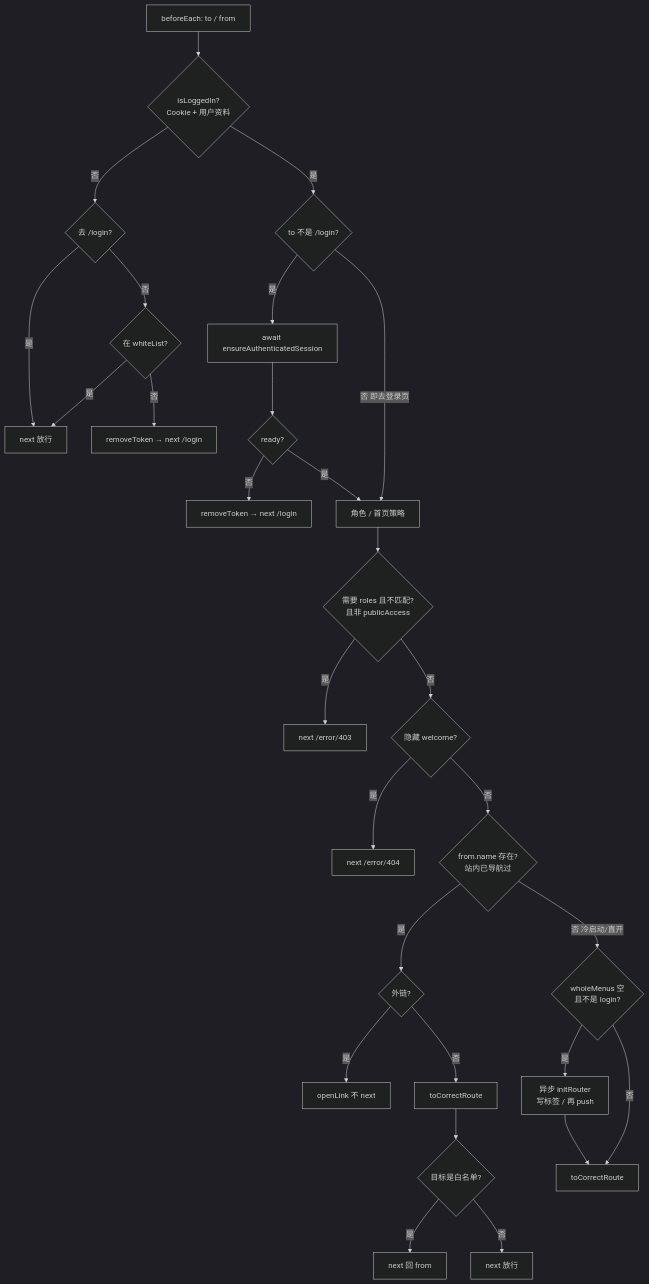
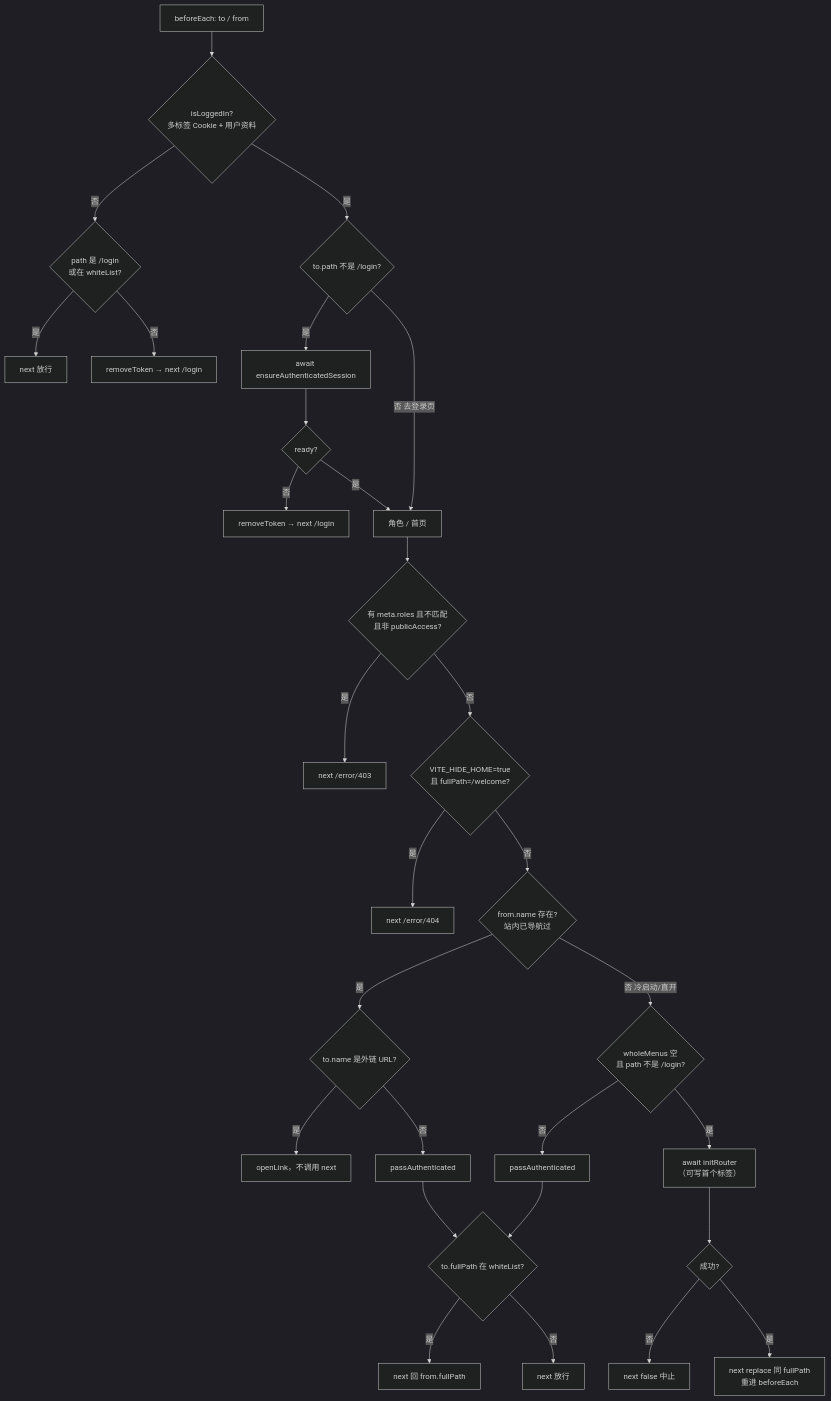
One commit to BunnyMaster/auth-docs changed the diagram in 基础包/前端路由策略.md. Above: the diagram before and after it, drawn with Mermaid (dark theme). The commit also changed other lines of this file and 1 other file, not shown here.

Commit message:
:sparkles: feat(docs): 更新前端路由策略和 Vue Router 警告处理文档
- 更新前端路由策略文档，增加了动态路由和鉴权的详细说明，优化了流程图的可读性
- 修改 Vue Router 警告处理文档，明确警告信息的含义及处理方式，强调动态路由场景下的注意事项

````diff
--- a/基础包/前端路由策略.md
+++ b/基础包/前端路由策略.md
@@ -2,36 +5,36 @@
 ```mermaid
 flowchart TD
-  A[beforeEach: to / from] --> B{isLoggedIn?<br/>Cookie + 用户资料}
-  B -->|否| C{去 /login?}
+  A[beforeEach: to / from] --> B{"isLoggedIn?<br/>多标签 Cookie + 用户资料"}
+  B -->|否| C{path 是 /login<br/>或在 whiteList?}
   C -->|是| D[next 放行]
-  C -->|否| E{在 whiteList?}
-  E -->|是| D
-  E -->|否| F[removeToken → next /login]
+  C -->|否| F["removeToken → next /login"]
 
-  B -->|是| G{to 不是 /login?}
+  B -->|是| G{to.path 不是 /login?}
   G -->|是| H[await ensureAuthenticatedSession]
   H --> I{ready?}
-  I -->|否| F2[removeToken → next /login]
-  I -->|是| J[角色 / 首页策略]
-  G -->|否 即去登录页| J
+  I -->|否| F2["removeToken → next /login"]
+  I -->|是| J[角色 / 首页]
+  G -->|否 去登录页| J
 
-  J --> K{需要 roles 且不匹配?<br/>且非 publicAccess}
-  K -->|是| L[next /error/403]
-  K -->|否| M{隐藏 welcome?}
-  M -->|是| N[next /error/404]
-  M -->|否| O{from.name 存在?<br/>站内已导航过}
+  J --> K{"有 meta.roles 且不匹配<br/>且非 publicAccess?"}
+  K -->|是| L["next /error/403"]
+  K -->|否| M{"VITE_HIDE_HOME=true<br/>且 fullPath=/welcome?"}
+  M -->|是| N["next /error/404"]
+  M -->|否| O{"from.name 存在?<br/>站内已导航过"}
 
-  O -->|是| P{外链?}
-  P -->|是| Q[openLink 不 next]
-  P -->|否| R[toCorrectRoute]
+  O -->|是| P{"to.name 是外链 URL?"}
+  P -->|是| Q["openLink，不调用 next"]
+  P -->|否| R[passAuthenticated]
 
-  O -->|否 冷启动/直开| S{wholeMenus 空<br/>且不是 login?}
-  S -->|是| T[异步 initRouter<br/>写标签 / 再 push]
-  S -->|否| R2[toCorrectRoute]
-  T --> R2
+  O -->|否 冷启动/直开| S{"wholeMenus 空<br/>且 path 不是 /login?"}
+  S -->|是| T["await initRouter<br/>（可写首个标签）"]
+  T --> T1{成功?}
+  T1 -->|否| T2["next false 中止"]
+  T1 -->|是| T3["next replace 同 fullPath<br/>重进 beforeEach"]
+  S -->|否| R2[passAuthenticated]
 
-  R --> U{目标是白名单?}
-  U -->|是| V[next 回 from]
+  R --> U{"to.fullPath 在 whiteList?"}
+  U -->|是| V["next 回 from.fullPath"]
   U -->|否| W[next 放行]
-
+  R2 --> U
 ```
````
